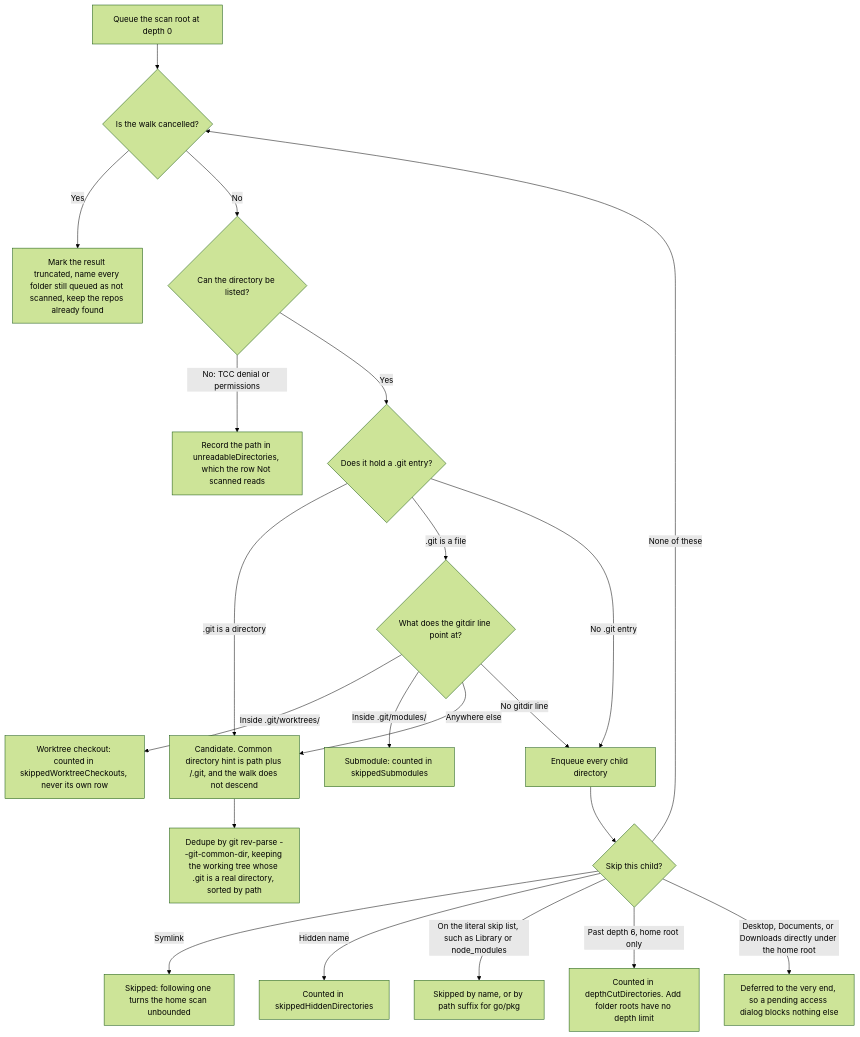
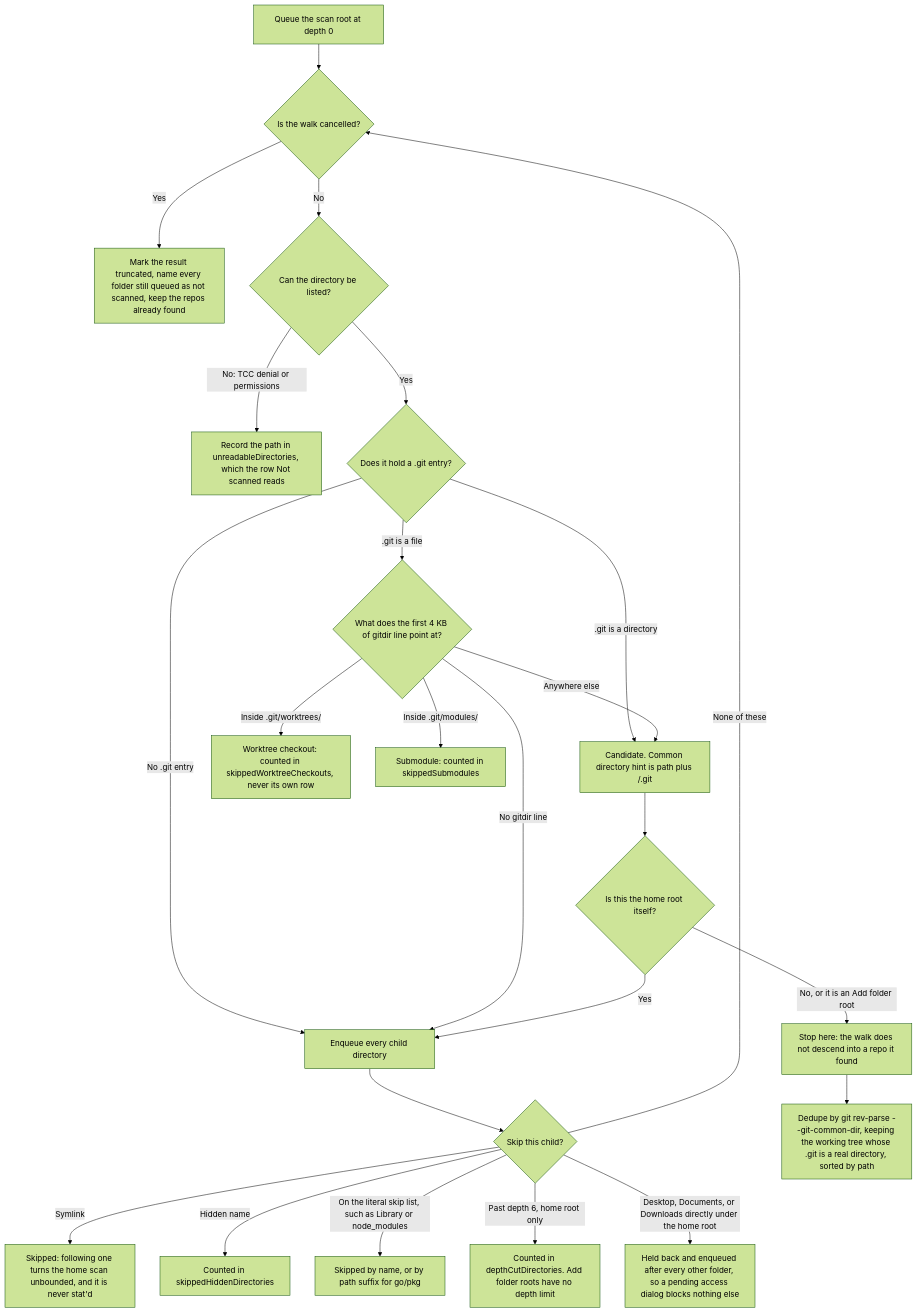
The fourth of 6 diagrams in ARCHITECTURE.md (hannahstulberg/branchbar), drawn with Mermaid (forest theme) before and after one commit. The commit also changed other lines of this file and 11 other files, not shown here.

First line of the commit message:
feat(F4): git-not-found through Core, README names every program, anatomy re-derived

````diff
--- a/ARCHITECTURE.md
+++ b/ARCHITECTURE.md
@@ -127,23 +156,26 @@
 ```mermaid
 graph TD
     A["Queue the scan root at depth 0"] --> B{"Is the walk cancelled?"}
     B -->|"Yes"| B1["Mark the result truncated, name every folder still queued as not scanned, keep the repos already found"]
     B -->|"No"| C{"Can the directory be listed?"}
     C -->|"No: TCC denial or permissions"| C1["Record the path in unreadableDirectories, which the row Not scanned reads"]
     C -->|"Yes"| D{"Does it hold a .git entry?"}
-    D -->|".git is a directory"| D1["Candidate. Common directory hint is path plus /.git, and the walk does not descend"]
-    D -->|".git is a file"| E{"What does the gitdir line point at?"}
+    D -->|".git is a directory"| D1["Candidate. Common directory hint is path plus /.git"]
+    D -->|".git is a file"| E{"What does the first 4 KB of gitdir line point at?"}
     D -->|"No .git entry"| G["Enqueue every child directory"]
     E -->|"Inside .git/worktrees/"| E1["Worktree checkout: counted in skippedWorktreeCheckouts, never its own row"]
     E -->|"Inside .git/modules/"| E2["Submodule: counted in skippedSubmodules"]
     E -->|"Anywhere else"| D1
     E -->|"No gitdir line"| G
+    D1 --> R{"Is this the home root itself?"}
+    R -->|"Yes"| G
+    R -->|"No, or it is an Add folder root"| S["Stop here: the walk does not descend into a repo it found"]
     G --> H{"Skip this child?"}
-    H -->|"Symlink"| H1["Skipped: following one turns the home scan unbounded"]
+    H -->|"Symlink"| H1["Skipped: following one turns the home scan unbounded, and it is never stat'd"]
     H -->|"Hidden name"| H2["Counted in skippedHiddenDirectories"]
     H -->|"On the literal skip list, such as Library or node_modules"| H3["Skipped by name, or by path suffix for go/pkg"]
     H -->|"Past depth 6, home root only"| H4["Counted in depthCutDirectories. Add folder roots have no depth limit"]
-    H -->|"Desktop, Documents, or Downloads directly under the home root"| H5["Deferred to the very end, so a pending access dialog blocks nothing else"]
+    H -->|"Desktop, Documents, or Downloads directly under the home root"| H5["Held back and enqueued after every other folder, so a pending access dialog blocks nothing else"]
     H -->|"None of these"| B
-    D1 --> I["Dedupe by git rev-parse --git-common-dir, keeping the working tree whose .git is a real directory, sorted by path"]
+    S --> I["Dedupe by git rev-parse --git-common-dir, keeping the working tree whose .git is a real directory, sorted by path"]
 ```
````
